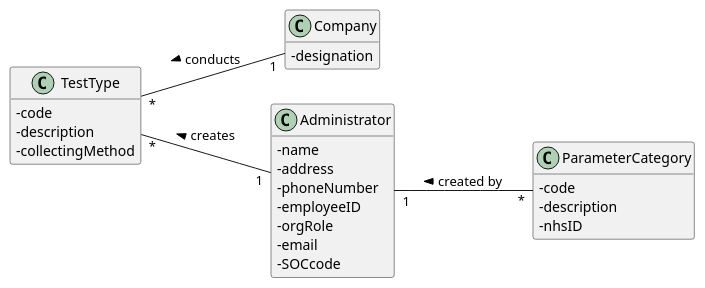
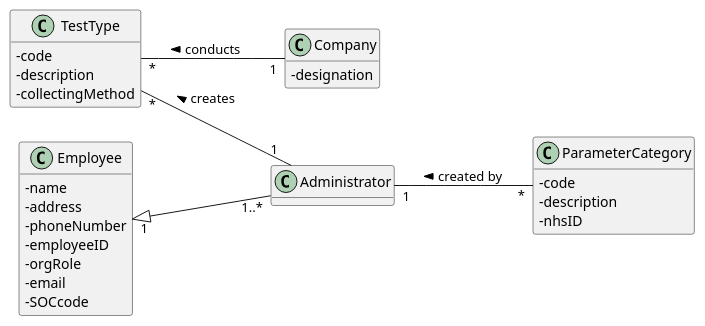
The diagram in docs/SprintB/US09/US09-MD.puml (0franciscor/lei-21-s2-1de-g19), drawn with PlantUML before and after one commit. The commit also changed 4 other files, not shown here.

```diff
--- a/docs/SprintB/US09/US09-MD.puml
+++ b/docs/SprintB/US09/US09-MD.puml
@@ -1,44 +1,50 @@
 @startuml
 hide methods
 left to right direction
 
 class Company
 class Administrator
 class ParameterCategory
 class TestType
+class Employee
+
+Employee "1" <|-- "1..*" Administrator
 
 TestType "*" -- "1" Company : < conducts
 
 TestType "*" -- "1" Administrator : < creates
 
 Administrator "1" -- "*" ParameterCategory : < created by
 
 skinparam classAttributeIconSize 0
 
-class Company{
--designation
-}
-
-class Administrator{
+class Employee{
 -name
 -address
 -phoneNumber
 -employeeID
 -orgRole
 -email
 -SOCcode
+}
+
+class Company{
+-designation
+}
+
+class Administrator{
 }
 
 class ParameterCategory{
 -code
 -description
 -nhsID
 }
 
 class TestType{
 -code
 -description
 -collectingMethod
 }
 
 @enduml
```
